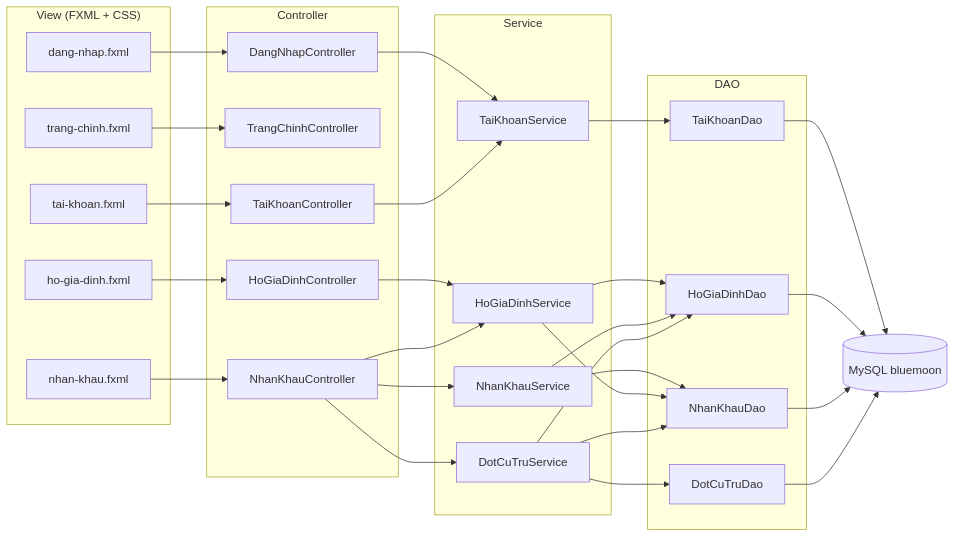
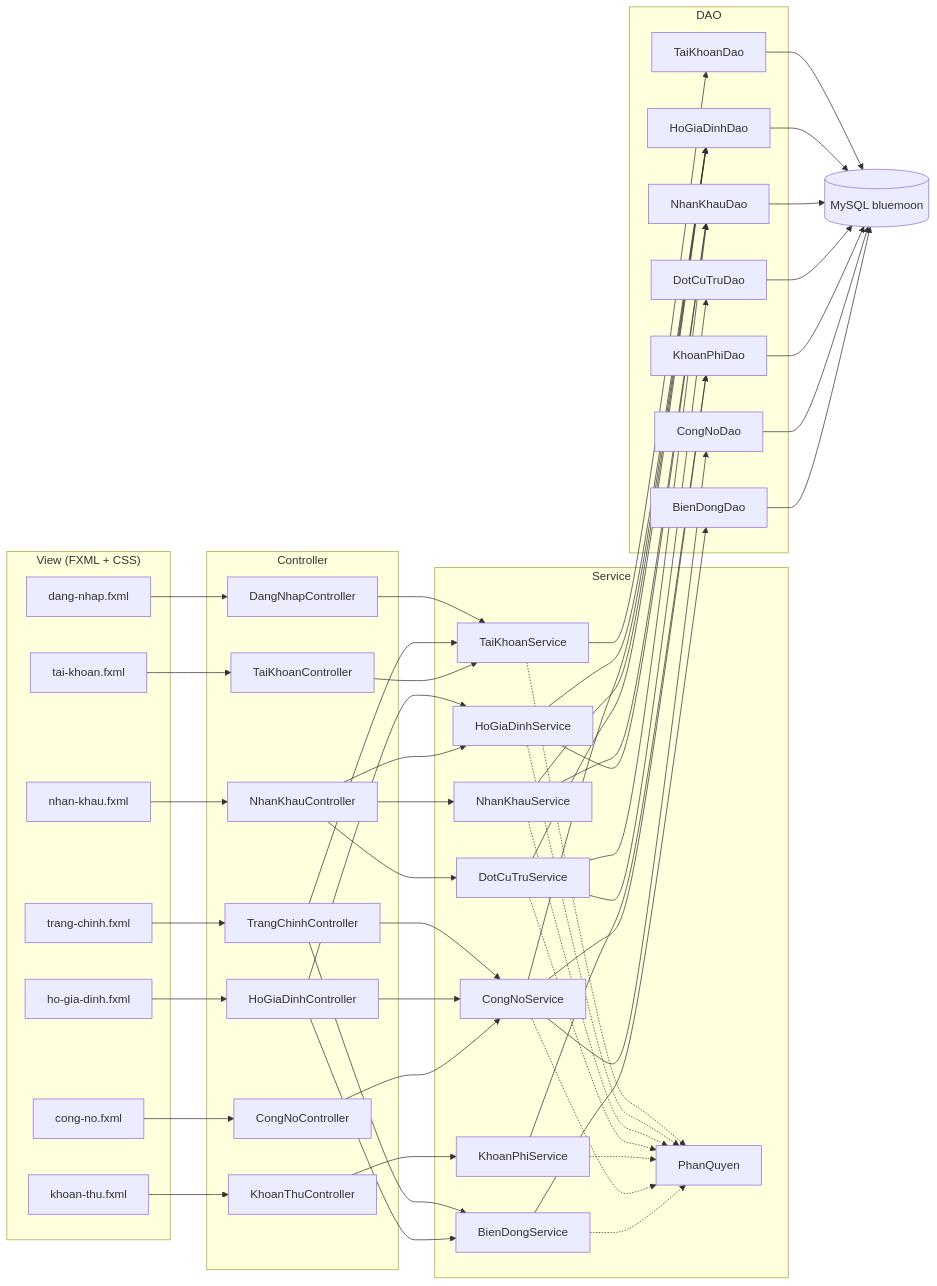
One commit to khanhdoan4106/IT3180-CNPM-Project-Group-16 changed the first of 2 diagrams in docs/design/class-diagram.md. Above: the diagram before and after it, drawn with Mermaid. The commit also changed other lines of this file and 13 other files, not shown here.

First line of the commit message:
docs: them thiet ke giao dien, phan quyen, thuat ngu, US-026, US-027

````diff
--- a/docs/design/class-diagram.md
+++ b/docs/design/class-diagram.md
@@ -8,43 +8,64 @@
 ```mermaid
 flowchart LR
     subgraph View["View (FXML + CSS)"]
         V1[dang-nhap.fxml]
         V2[trang-chinh.fxml]
         V3[ho-gia-dinh.fxml]
         V4[nhan-khau.fxml]
         V5[tai-khoan.fxml]
+        V6[khoan-thu.fxml]
+        V7[cong-no.fxml]
     end
     subgraph Controller
         C1[DangNhapController]
         C2[TrangChinhController]
         C3[HoGiaDinhController]
         C4[NhanKhauController]
         C5[TaiKhoanController]
+        C6[KhoanThuController]
+        C7[CongNoController]
     end
     subgraph Service
         S1[TaiKhoanService]
         S2[HoGiaDinhService]
         S3[NhanKhauService]
         S4[DotCuTruService]
+        S5[KhoanPhiService]
+        S6[CongNoService]
+        S7[BienDongService]
+        PQ[PhanQuyen]
     end
     subgraph DAO
         D1[TaiKhoanDao]
         D2[HoGiaDinhDao]
         D3[NhanKhauDao]
         D4[DotCuTruDao]
+        D5[KhoanPhiDao]
+        D6[CongNoDao]
+        D7[BienDongDao]
     end
     DB[(MySQL bluemoon)]
 
     V1 --> C1 --> S1 --> D1
     V2 --> C2
+    C2 --> S1
+    C2 --> S6
+    C2 --> S7
     V3 --> C3 --> S2 --> D2
+    C3 --> S6
+    C3 --> S7 --> D7
     V4 --> C4 --> S3 --> D3
     C4 --> S2
     C4 --> S4 --> D4
     V5 --> C5 --> S1
+    V6 --> C6 --> S5 --> D5
+    V7 --> C7 --> S6 --> D6
+    S6 --> D5
+    S6 --> D2
     S2 --> D3
     S3 --> D2
     S4 --> D2
     S4 --> D3
-    D1 & D2 & D3 & D4 --> DB
+    S1 & S2 & S3 & S4 & S5 & S6 & S7 -.-> PQ
+    D1 & D2 & D3 & D4 & D5 & D6 & D7 --> DB
 ```
````
